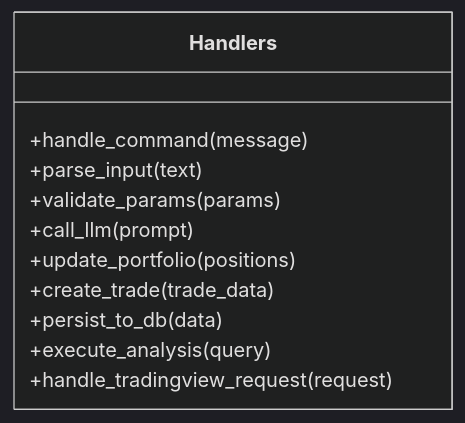
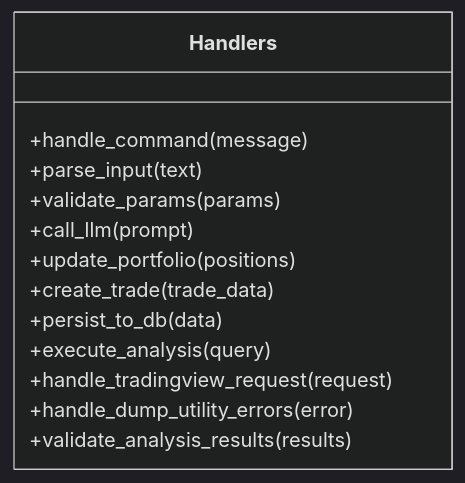
Before and after one commit to ZengSeng/telegram-bot: the fourth of 12 diagrams in .qoder/repowiki/en/content/Core Components/Analysis Framework.md, drawn with Mermaid (dark theme). The commit also changed other lines of this file and 9 other files, not shown here.

````diff
--- a/.qoder/repowiki/en/content/Core Components/Analysis Framework.md
+++ b/.qoder/repowiki/en/content/Core Components/Analysis Framework.md
@@ -251,14 +284,16 @@
 ```mermaid
 classDiagram
 class Handlers {
 +handle_command(message)
 +parse_input(text)
 +validate_params(params)
 +call_llm(prompt)
 +update_portfolio(positions)
 +create_trade(trade_data)
 +persist_to_db(data)
 +execute_analysis(query)
 +handle_tradingview_request(request)
++handle_dump_utility_errors(error)
++validate_analysis_results(results)
 }
 ```
````
